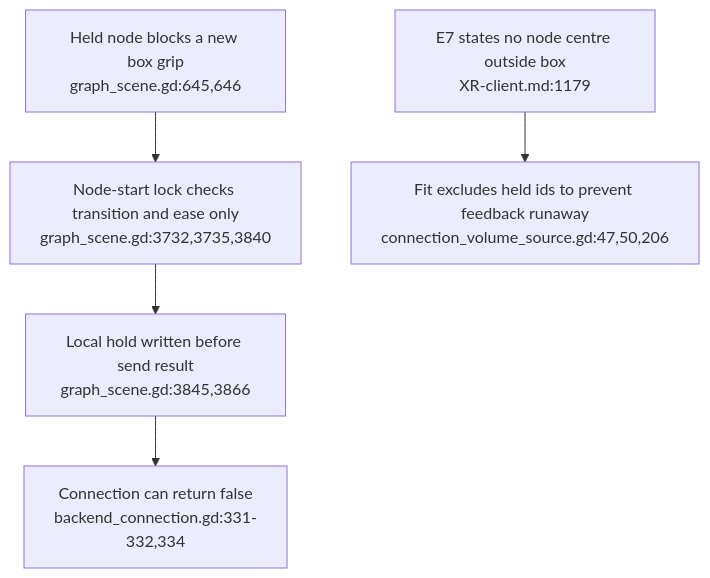
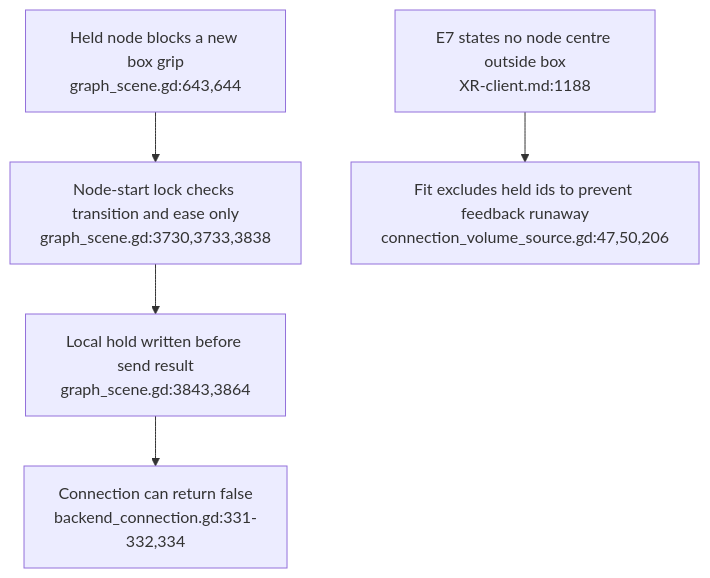
The fifth of 6 diagrams in docs/diagrams/visionclaw/53-xr-grab-lifetimes-and-input.md (DreamLab-AI/VisionFlow), drawn with Mermaid before and after one commit. The commit also changed other lines of this file and 6 other files, not shown here.

First line of the commit message:
diagrams(visionclaw): re-verify VC-51..57 at visionclaw 4900ec60

````diff
--- a/docs/diagrams/visionclaw/53-xr-grab-lifetimes-and-input.md
+++ b/docs/diagrams/visionclaw/53-xr-grab-lifetimes-and-input.md
@@ -80,7 +80,7 @@
 ```mermaid
 flowchart TD
-    HELD["Held node blocks a new box grip<br/>graph_scene.gd:645,646"] --> REVERSE["Node-start lock checks transition and ease only<br/>graph_scene.gd:3732,3735,3840"]
-    REVERSE --> LOCAL["Local hold written before send result<br/>graph_scene.gd:3845,3866"]
+    HELD["Held node blocks a new box grip<br/>graph_scene.gd:643,644"] --> REVERSE["Node-start lock checks transition and ease only<br/>graph_scene.gd:3730,3733,3838"]
+    REVERSE --> LOCAL["Local hold written before send result<br/>graph_scene.gd:3843,3864"]
     LOCAL --> SEND["Connection can return false<br/>backend_connection.gd:331-332,334"]
-    E7["E7 states no node centre outside box<br/>XR-client.md:1179"] --> EXCLUDE["Fit excludes held ids to prevent feedback runaway<br/>connection_volume_source.gd:47,50,206"]
+    E7["E7 states no node centre outside box<br/>XR-client.md:1188"] --> EXCLUDE["Fit excludes held ids to prevent feedback runaway<br/>connection_volume_source.gd:47,50,206"]
 ```
````
